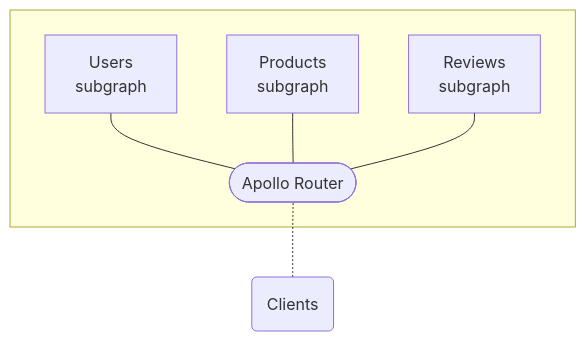
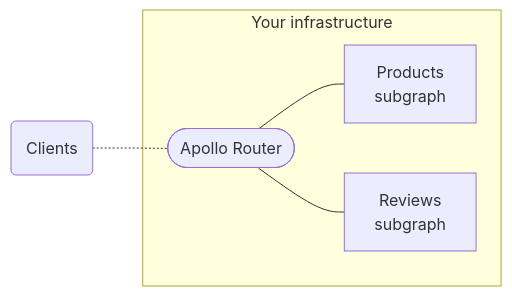
Before and after one commit to apollographql/router: the diagram in docs/source/index.mdx, drawn with Mermaid. The commit also changed other lines of this file and 2 other files, not shown here.

Commit message:
Edits to Router defer article to reduce duplication w/ GraphOS article

````diff
--- a/docs/source/index.mdx
+++ b/docs/source/index.mdx
@@ -10,13 +10,12 @@
 ```mermaid
-flowchart BT;
+flowchart LR;
   clients(Clients);
-  subgraph " ";
+  subgraph "Your infrastructure";
   gateway(["Apollo Router"]);
-  serviceA[Users<br/>subgraph];
   serviceB[Products<br/>subgraph];
   serviceC[Reviews<br/>subgraph];
-  gateway --- serviceA & serviceB & serviceC;
+  gateway --- serviceB & serviceC;
   end;
   clients -.- gateway;
   class clients secondary;
 ```
````
